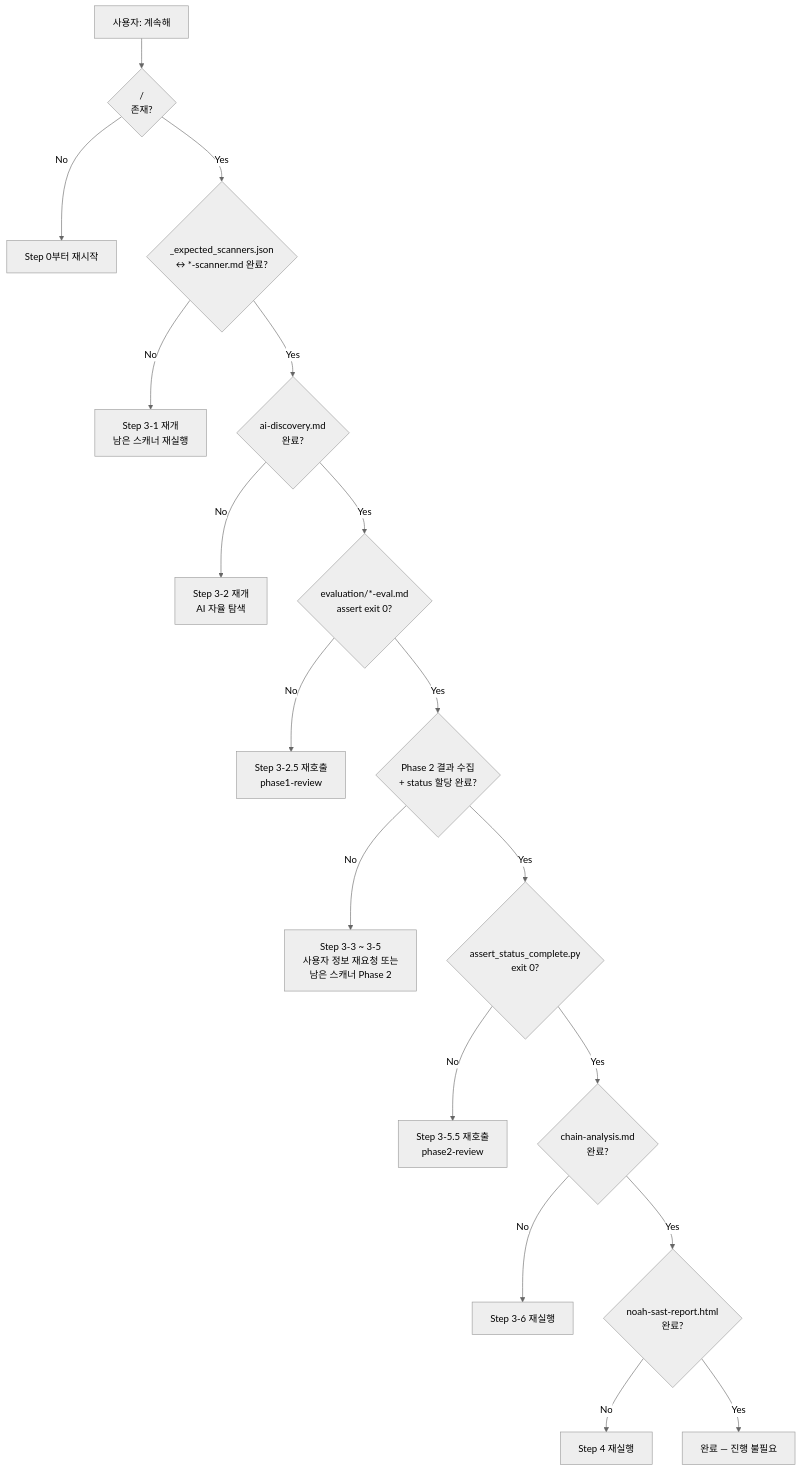
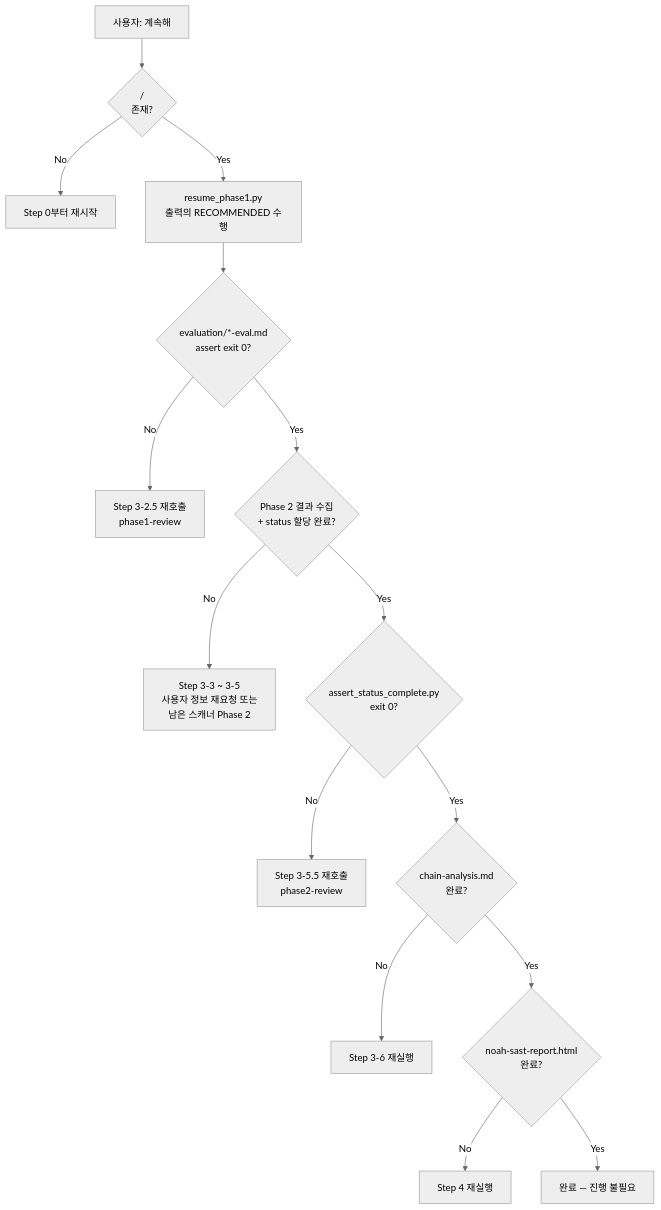
One commit to nomarlhack/noah-sast changed the diagram in skills/sast/docs/resume.md. Above: the diagram before and after it, drawn with Mermaid (neutral theme). The commit also changed other lines of this file and 6 other files, not shown here.

````diff
--- a/skills/sast/docs/resume.md
+++ b/skills/sast/docs/resume.md
@@ -29,20 +33,17 @@
 ```mermaid
 flowchart TD
     U["사용자: 계속해"] --> C1{"<PHASE1_RESULTS_DIR>/<br/>존재?"}
     C1 -->|No| R0["Step 0부터 재시작"]
-    C1 -->|Yes| C2{"_expected_scanners.json<br/>↔ *-scanner.md 완료?"}
-    C2 -->|No| R1["Step 3-1 재개<br/>남은 스캐너 재실행"]
-    C2 -->|Yes| C3{"ai-discovery.md<br/>완료?"}
-    C3 -->|No| R2["Step 3-2 재개<br/>AI 자율 탐색"]
-    C3 -->|Yes| C4{"evaluation/*-eval.md<br/>assert exit 0?"}
+    C1 -->|Yes| RP1["resume_phase1.py<br/>출력의 RECOMMENDED 수행"]
+    RP1 --> C4{"evaluation/*-eval.md<br/>assert exit 0?"}
     C4 -->|No| R3["Step 3-2.5 재호출<br/>phase1-review"]
     C4 -->|Yes| C5{"Phase 2 결과 수집<br/>+ status 할당 완료?"}
     C5 -->|No| R4["Step 3-3 ~ 3-5<br/>사용자 정보 재요청 또는<br/>남은 스캐너 Phase 2"]
     C5 -->|Yes| C6{"assert_status_complete.py<br/>exit 0?"}
     C6 -->|No| R5["Step 3-5.5 재호출<br/>phase2-review"]
     C6 -->|Yes| C7{"chain-analysis.md<br/>완료?"}
     C7 -->|No| R6["Step 3-6 재실행"]
     C7 -->|Yes| C8{"noah-sast-report.html<br/>완료?"}
     C8 -->|No| R7["Step 4 재실행"]
     C8 -->|Yes| Done["완료 — 진행 불필요"]
 ```
````
